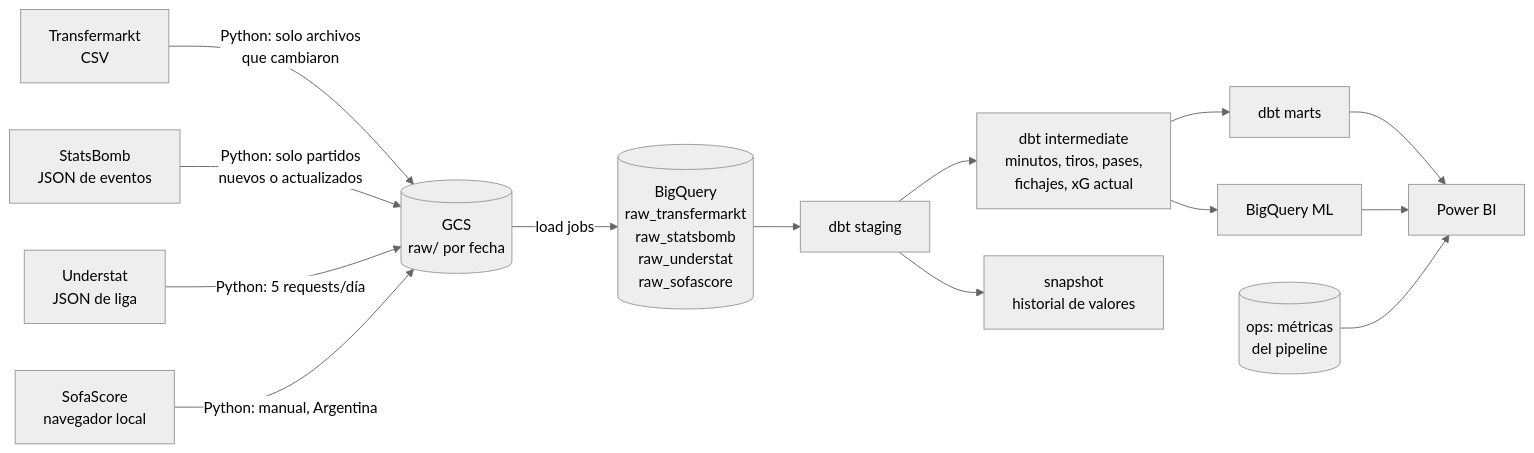
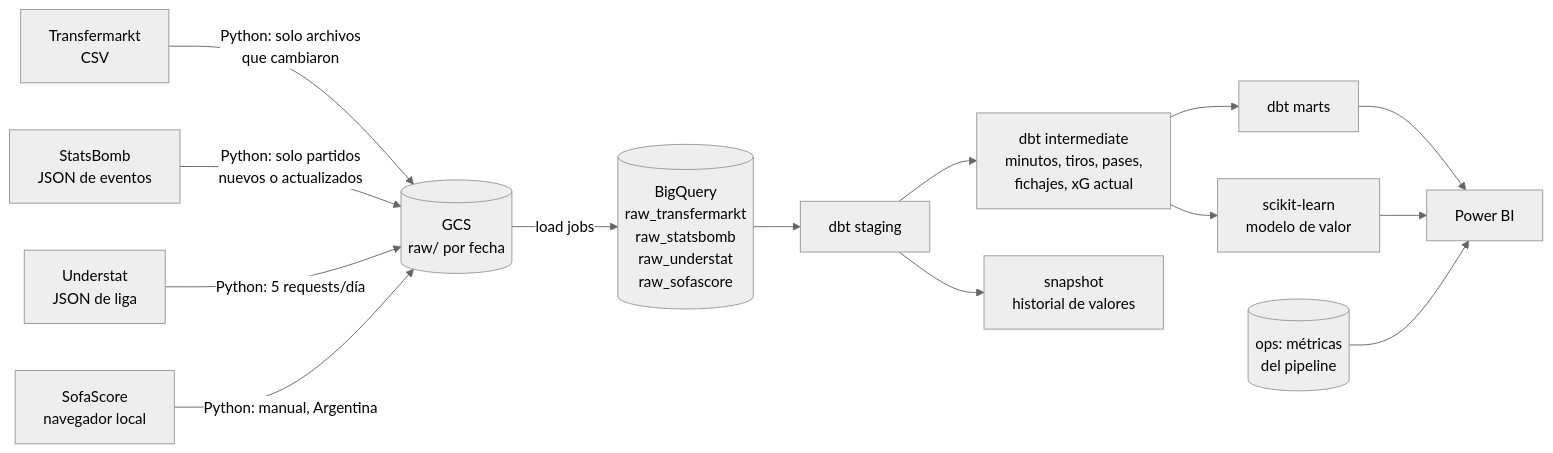
One commit to Martinix584/Fuchibol changed the first of 4 diagrams in README.md. Above: the diagram before and after it, drawn with Mermaid (neutral theme). The commit also changed other lines of this file and 2 other files, not shown here.

````diff
--- a/README.md
+++ b/README.md
@@ -42,16 +42,16 @@
 ```mermaid
 flowchart LR
     TM[Transfermarkt<br/>CSV] -->|Python: solo archivos<br/>que cambiaron| GCS[(GCS<br/>raw/ por fecha)]
     SB[StatsBomb<br/>JSON de eventos] -->|Python: solo partidos<br/>nuevos o actualizados| GCS
     US[Understat<br/>JSON de liga] -->|Python: 5 requests/día| GCS
     SS[SofaScore<br/>navegador local] -->|Python: manual, Argentina| GCS
     GCS -->|load jobs| RAW[(BigQuery<br/>raw_transfermarkt<br/>raw_statsbomb<br/>raw_understat<br/>raw_sofascore)]
     RAW --> STG[dbt staging]
     STG --> INT[dbt intermediate<br/>minutos, tiros, pases,<br/>fichajes, xG actual]
     STG --> SNAP[snapshot<br/>historial de valores]
     INT --> MARTS[dbt marts]
-    INT --> ML[BigQuery ML]
+    INT --> ML[scikit-learn<br/>modelo de valor]
     MARTS --> PBI[Power BI]
     ML --> PBI
     OPS[(ops: métricas<br/>del pipeline)] --> PBI
 ```
````
